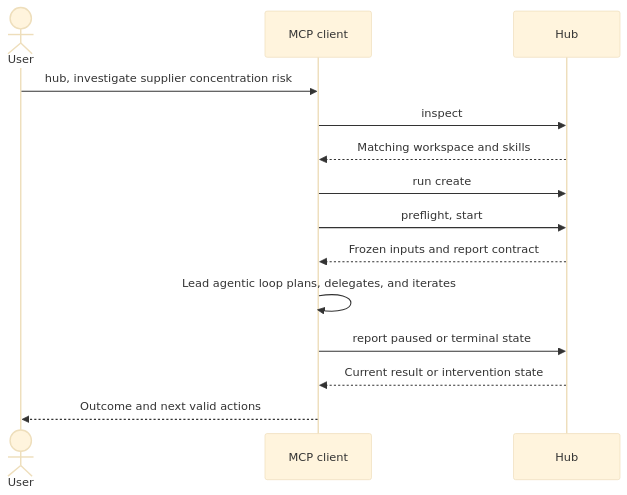
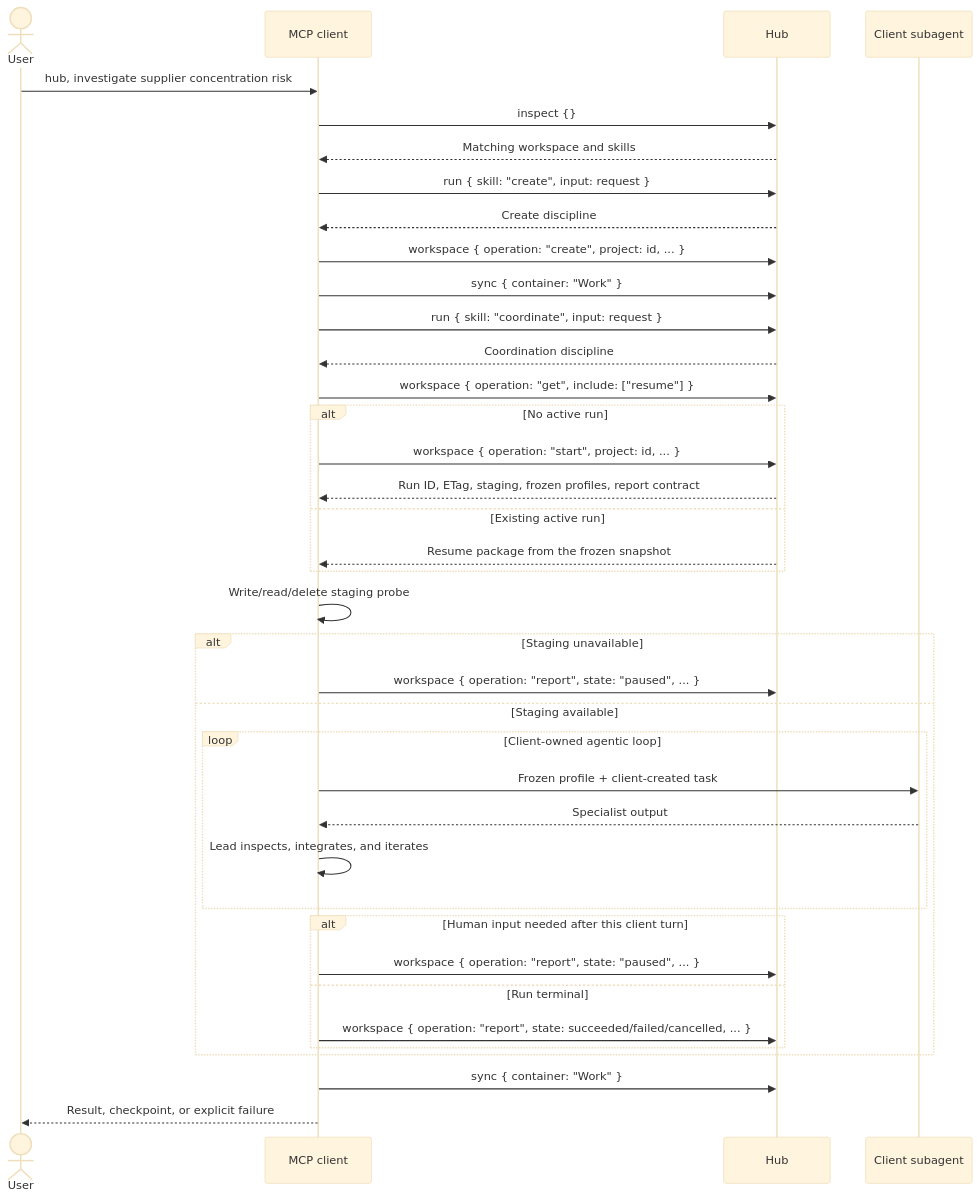
The sixth of 6 diagrams in docs/superpowers/specs/2026-07-17-workspace-module-design.md (dryotta/open-knowledge-hub), drawn with Mermaid (base theme) before and after one commit. The commit also changed other lines of this file, not shown here.

First line of the commit message:
docs: specify workspace tool workflows

````diff
--- a/docs/superpowers/specs/2026-07-17-workspace-module-design.md
+++ b/docs/superpowers/specs/2026-07-17-workspace-module-design.md
@@ -679,17 +1146,41 @@
 ```mermaid
 sequenceDiagram
     actor U as User
     participant C as MCP client
     participant H as Hub
+    participant A as Client subagent
 
     U->>C: hub, investigate supplier concentration risk
-    C->>H: inspect
+    C->>H: inspect {}
     H-->>C: Matching workspace and skills
-    C->>H: run create
-    C->>H: preflight, start
-    H-->>C: Frozen inputs and report contract
-    C->>C: Lead agentic loop plans, delegates, and iterates
-    C->>H: report paused or terminal state
-    H-->>C: Current result or intervention state
-    C-->>U: Outcome and next valid actions
+    C->>H: run { skill: "create", input: request }
+    H-->>C: Create discipline
+    C->>H: workspace { operation: "create", project: id, ... }
+    C->>H: sync { container: "Work" }
+    C->>H: run { skill: "coordinate", input: request }
+    H-->>C: Coordination discipline
+    C->>H: workspace { operation: "get", include: ["resume"] }
+    alt No active run
+        C->>H: workspace { operation: "start", project: id, ... }
+        H-->>C: Run ID, ETag, staging, frozen profiles, report contract
+    else Existing active run
+        H-->>C: Resume package from the frozen snapshot
+    end
+    C->>C: Write/read/delete staging probe
+    alt Staging unavailable
+        C->>H: workspace { operation: "report", state: "paused", ... }
+    else Staging available
+        loop Client-owned agentic loop
+            C->>A: Frozen profile + client-created task
+            A-->>C: Specialist output
+            C->>C: Lead inspects, integrates, and iterates
+        end
+        alt Human input needed after this client turn
+            C->>H: workspace { operation: "report", state: "paused", ... }
+        else Run terminal
+            C->>H: workspace { operation: "report", state: succeeded/failed/cancelled, ... }
+        end
+    end
+    C->>H: sync { container: "Work" }
+    C-->>U: Result, checkpoint, or explicit failure
 ```
````
